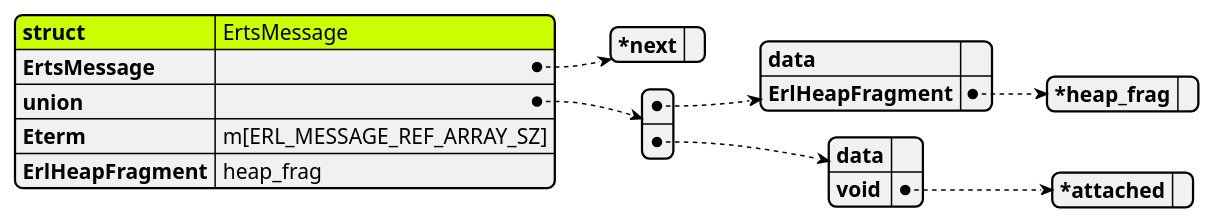
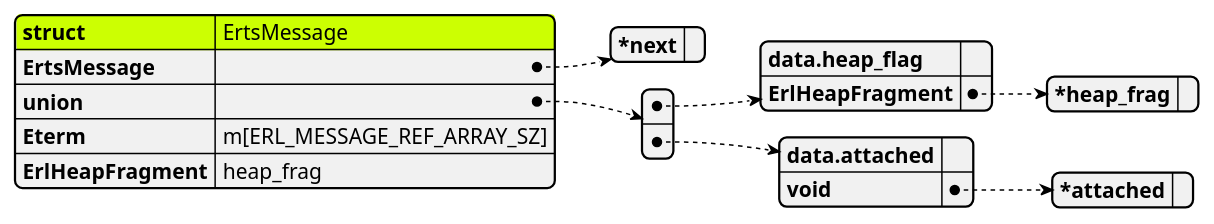
Before and after one commit to ohr486/ErlHG: the third of 4 diagrams in data.md, drawn with PlantUML. The commit also changed other lines of this file, not shown here.

````diff
--- a/data.md
+++ b/data.md
@@ -133,23 +133,23 @@
 ```plantuml
 @startjson
 #highlight "struct"
 #highlight "ErtsMessage" / "struct"
 #highlight "ErlHeapFragment" / "struct"
 {
     "struct": "ErtsMessage",
     "ErtsMessage": {"*next": ""},
     "union": [
         {
-            "data": "",
+            "data.heap_flag": "",
             "ErlHeapFragment": {"*heap_frag": ""}
         },
         {
-            "data": "",
+            "data.attached": "",
             "void": {"*attached": ""}
         }
     ],
     "Eterm": "m[ERL_MESSAGE_REF_ARRAY_SZ]",
     "ErlHeapFragment": "heap_frag"
 }
 @endjson
 ```
````
